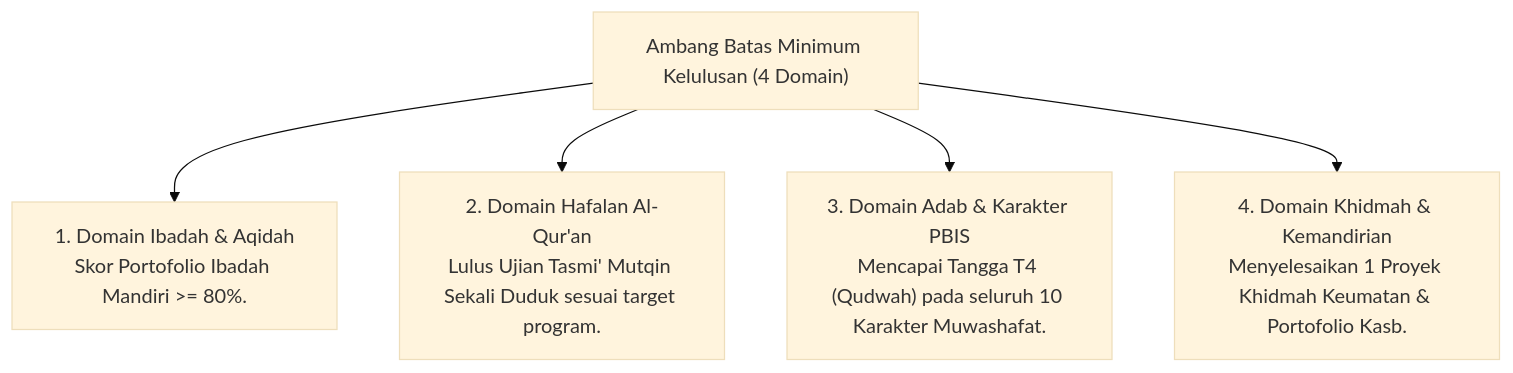
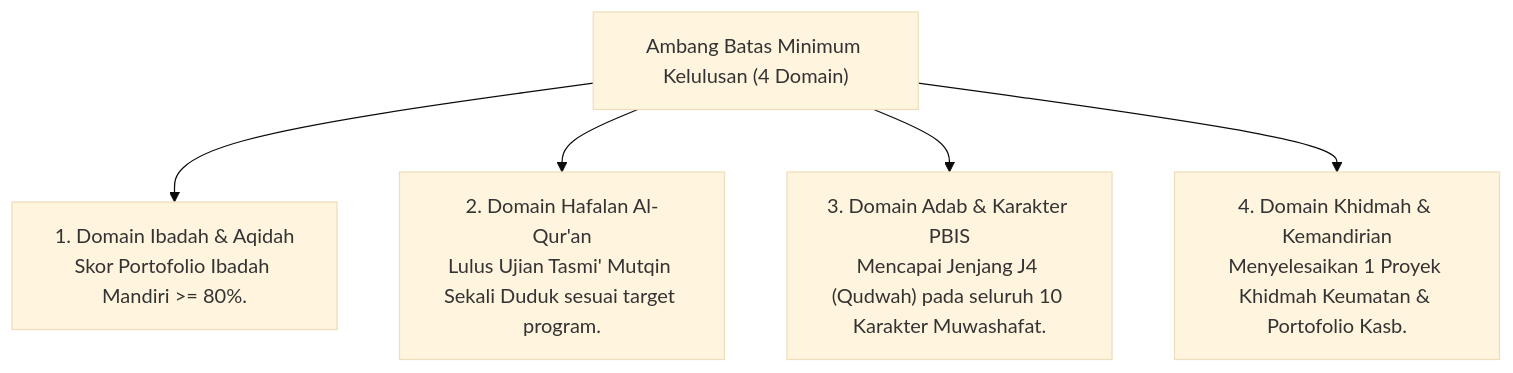
Before and after one commit to wandiapriliyandi/tumbuh: the diagram in 04 Progression Framework/06 Graduation Standards/P4-06-02-Ambang-Batas-Kompetensi-Minimal-Kelulusan.md, drawn with Mermaid (base theme). The commit also changed other lines of this file and 209 other files, not shown here.

````diff
--- a/04 Progression Framework/06 Graduation Standards/P4-06-02-Ambang-Batas-Kompetensi-Minimal-Kelulusan.md
+++ b/04 Progression Framework/06 Graduation Standards/P4-06-02-Ambang-Batas-Kompetensi-Minimal-Kelulusan.md
@@ -14,8 +14,8 @@
 ```mermaid
 graph TD
     Threshold["Ambang Batas Minimum Kelulusan (4 Domain)"]
     Threshold --> SpiritualThresh["1. Domain Ibadah & Aqidah<br/>Skor Portofolio Ibadah Mandiri >= 80%."]
     Threshold --> QuranThresh["2. Domain Hafalan Al-Qur'an<br/>Lulus Ujian Tasmi' Mutqin Sekali Duduk sesuai target program."]
-    Threshold --> CharacterThresh["3. Domain Adab & Karakter PBIS<br/>Mencapai Tangga T4 (Qudwah) pada seluruh 10 Karakter Muwashafat."]
+    Threshold --> CharacterThresh["3. Domain Adab & Karakter PBIS<br/>Mencapai Jenjang J4 (Qudwah) pada seluruh 10 Karakter Muwashafat."]
     Threshold --> KhidmahThresh["4. Domain Khidmah & Kemandirian<br/>Menyelesaikan 1 Proyek Khidmah Keumatan & Portofolio Kasb."]
 ```
````
